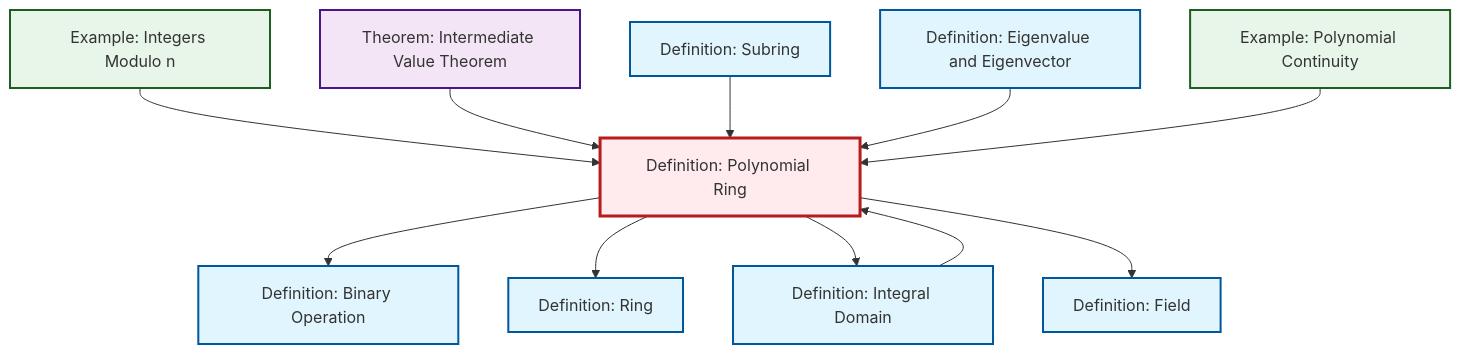
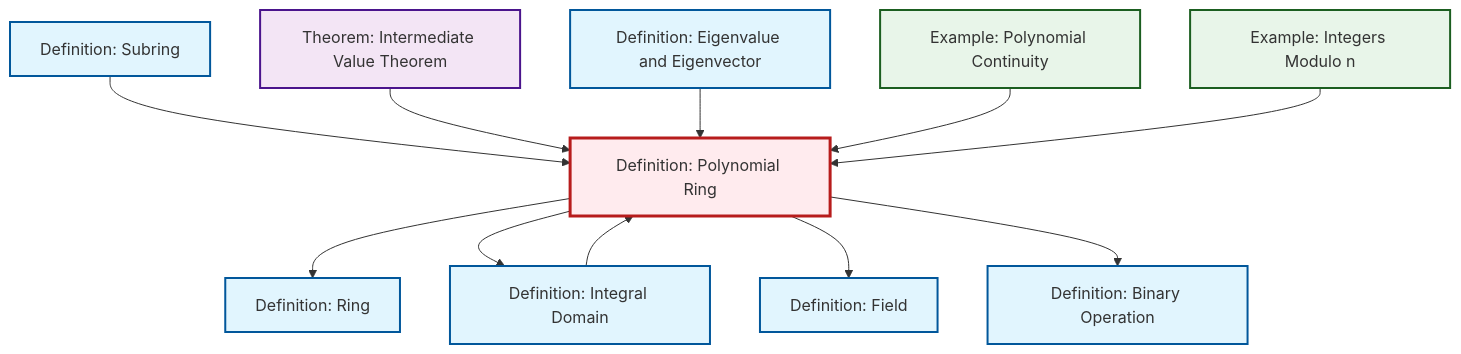
One commit to RK0429/ModernMath changed the diagram in content/en/algebra/def-polynomial-ring.qmd. Above: the diagram before and after it, drawn with Mermaid. The commit also changed other lines of this file and 654 other files, not shown here.

First line of the commit message:
fix: Update cross-references to equivalence relation in quotient ring definitions

````diff
--- a/content/en/algebra/def-polynomial-ring.qmd
+++ b/content/en/algebra/def-polynomial-ring.qmd
@@ -94,39 +94,39 @@
 ```{mermaid}
 %%| fig-cap: "Local dependency graph"
 graph TD
     classDef definition fill:#e1f5fe,stroke:#01579b,stroke-width:2px
     classDef theorem fill:#f3e5f5,stroke:#4a148c,stroke-width:2px
     classDef axiom fill:#fff3e0,stroke:#e65100,stroke-width:2px
     classDef example fill:#e8f5e9,stroke:#1b5e20,stroke-width:2px
     classDef current fill:#ffebee,stroke:#b71c1c,stroke-width:3px
+    ex-polynomial-continuity["Example: Polynomial Continuity"]:::example
+    def-polynomial-ring["Definition: Polynomial Ring"]:::definition
+    def-field["Definition: Field"]:::definition
+    thm-intermediate-value["Theorem: Intermediate Value Theorem"]:::theorem
+    def-eigenvalue-eigenvector["Definition: Eigenvalue and Eigenvector"]:::definition
+    def-ring["Definition: Ring"]:::definition
     def-binary-operation["Definition: Binary Operation"]:::definition
-    ex-polynomial-continuity["Example: Polynomial Continuity"]:::example
-    def-ring["Definition: Ring"]:::definition
-    def-eigenvalue-eigenvector["Definition: Eigenvalue and Eigenvector"]:::definition
     def-integral-domain["Definition: Integral Domain"]:::definition
     def-subring["Definition: Subring"]:::definition
     ex-quotient-integers-mod-n["Example: Integers Modulo n"]:::example
-    def-field["Definition: Field"]:::definition
-    thm-intermediate-value["Theorem: Intermediate Value Theorem"]:::theorem
-    def-polynomial-ring["Definition: Polynomial Ring"]:::definition
-    ex-quotient-integers-mod-n --> def-polynomial-ring
+    def-polynomial-ring --> def-ring
+    def-subring --> def-polynomial-ring
+    def-polynomial-ring --> def-integral-domain
     thm-intermediate-value --> def-polynomial-ring
-    def-polynomial-ring --> def-binary-operation
-    def-subring --> def-polynomial-ring
+    def-polynomial-ring --> def-field
+    def-integral-domain --> def-polynomial-ring
     def-eigenvalue-eigenvector --> def-polynomial-ring
     ex-polynomial-continuity --> def-polynomial-ring
-    def-integral-domain --> def-polynomial-ring
-    def-polynomial-ring --> def-ring
-    def-polynomial-ring --> def-integral-domain
-    def-polynomial-ring --> def-field
+    ex-quotient-integers-mod-n --> def-polynomial-ring
+    def-polynomial-ring --> def-binary-operation
     class def-polynomial-ring current
+    click ex-polynomial-continuity "ex-polynomial-continuity.html" "Go to Polynomial Continuity example"
+    click def-field "def-field.html" "Go to Field definition"
+    click thm-intermediate-value "thm-intermediate-value.html" "Go to Intermediate Value Theorem theorem"
+    click def-eigenvalue-eigenvector "def-eigenvalue-eigenvector.html" "Go to Eigenvalue and Eigenvector definition"
+    click def-ring "def-ring.html" "Go to Ring definition"
     click def-binary-operation "def-binary-operation.html" "Go to Binary Operation definition"
-    click ex-polynomial-continuity "ex-polynomial-continuity.html" "Go to Polynomial Continuity example"
-    click def-ring "def-ring.html" "Go to Ring definition"
-    click def-eigenvalue-eigenvector "def-eigenvalue-eigenvector.html" "Go to Eigenvalue and Eigenvector definition"
     click def-integral-domain "def-integral-domain.html" "Go to Integral Domain definition"
     click def-subring "def-subring.html" "Go to Subring definition"
     click ex-quotient-integers-mod-n "ex-quotient-integers-mod-n.html" "Go to Integers Modulo n example"
-    click def-field "def-field.html" "Go to Field definition"
-    click thm-intermediate-value "thm-intermediate-value.html" "Go to Intermediate Value Theorem theorem"
 ```
````
